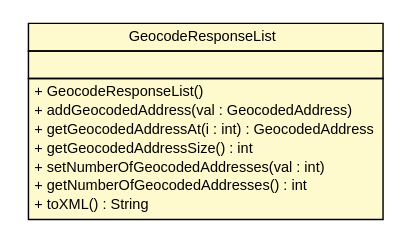
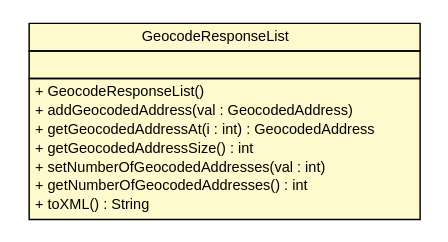
The diagram in apidocs/nl/geozet/openls/databinding/openls/GeocodeResponseList.dot (geozet/openls-databinding), drawn with Graphviz before and after one commit. The commit also changed 307 other files, not shown here.

```diff
--- a/apidocs/nl/geozet/openls/databinding/openls/GeocodeResponseList.dot
+++ b/apidocs/nl/geozet/openls/databinding/openls/GeocodeResponseList.dot
@@ -1,30 +1,30 @@
 #!/usr/local/bin/dot
 #
 # Class diagram 
 # Generated by UMLGraph version R5_6-24-gf6e263 (http://www.umlgraph.org/)
 #
 
 digraph G {
-	edge [fontname="arial",fontsize=10,labelfontname="arial",labelfontsize=10];
-	node [fontname="arial",fontsize=10,shape=plaintext];
+	edge [fontname="Helvetica",fontsize=10,labelfontname="Helvetica",labelfontsize=10];
+	node [fontname="Helvetica",fontsize=10,shape=plaintext];
 	nodesep=0.25;
 	ranksep=0.5;
 	// nl.geozet.openls.databinding.openls.GeocodeResponseList
-	c187 [label=<<table title="nl.geozet.openls.databinding.openls.GeocodeResponseList" border="0" cellborder="1" cellspacing="0" cellpadding="2" port="p" bgcolor="lemonChiffon" href="./GeocodeResponseList.html">
+	c184 [label=<<table title="nl.geozet.openls.databinding.openls.GeocodeResponseList" border="0" cellborder="1" cellspacing="0" cellpadding="2" port="p" bgcolor="lemonChiffon" href="./GeocodeResponseList.html">
 		<tr><td><table border="0" cellspacing="0" cellpadding="1">
 <tr><td align="center" balign="center"> GeocodeResponseList </td></tr>
 		</table></td></tr>
 		<tr><td><table border="0" cellspacing="0" cellpadding="1">
 <tr><td align="left" balign="left">  </td></tr>
 		</table></td></tr>
 		<tr><td><table border="0" cellspacing="0" cellpadding="1">
 <tr><td align="left" balign="left"> + GeocodeResponseList() </td></tr>
 <tr><td align="left" balign="left"> + addGeocodedAddress(val : GeocodedAddress) </td></tr>
 <tr><td align="left" balign="left"> + getGeocodedAddressAt(i : int) : GeocodedAddress </td></tr>
 <tr><td align="left" balign="left"> + getGeocodedAddressSize() : int </td></tr>
 <tr><td align="left" balign="left"> + setNumberOfGeocodedAddresses(val : int) </td></tr>
 <tr><td align="left" balign="left"> + getNumberOfGeocodedAddresses() : int </td></tr>
 <tr><td align="left" balign="left"> + toXML() : String </td></tr>
 		</table></td></tr>
-		</table>>, URL="./GeocodeResponseList.html", fontname="arial", fontcolor="black", fontsize=10.0];
+		</table>>, URL="./GeocodeResponseList.html", fontname="Helvetica", fontcolor="black", fontsize=10.0];
 }
```
